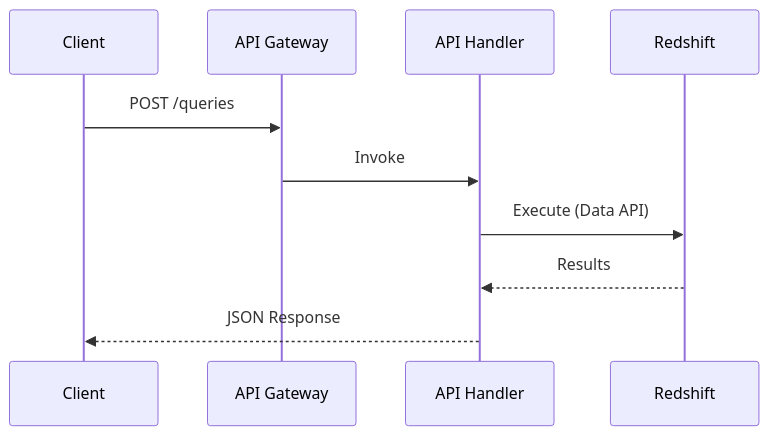
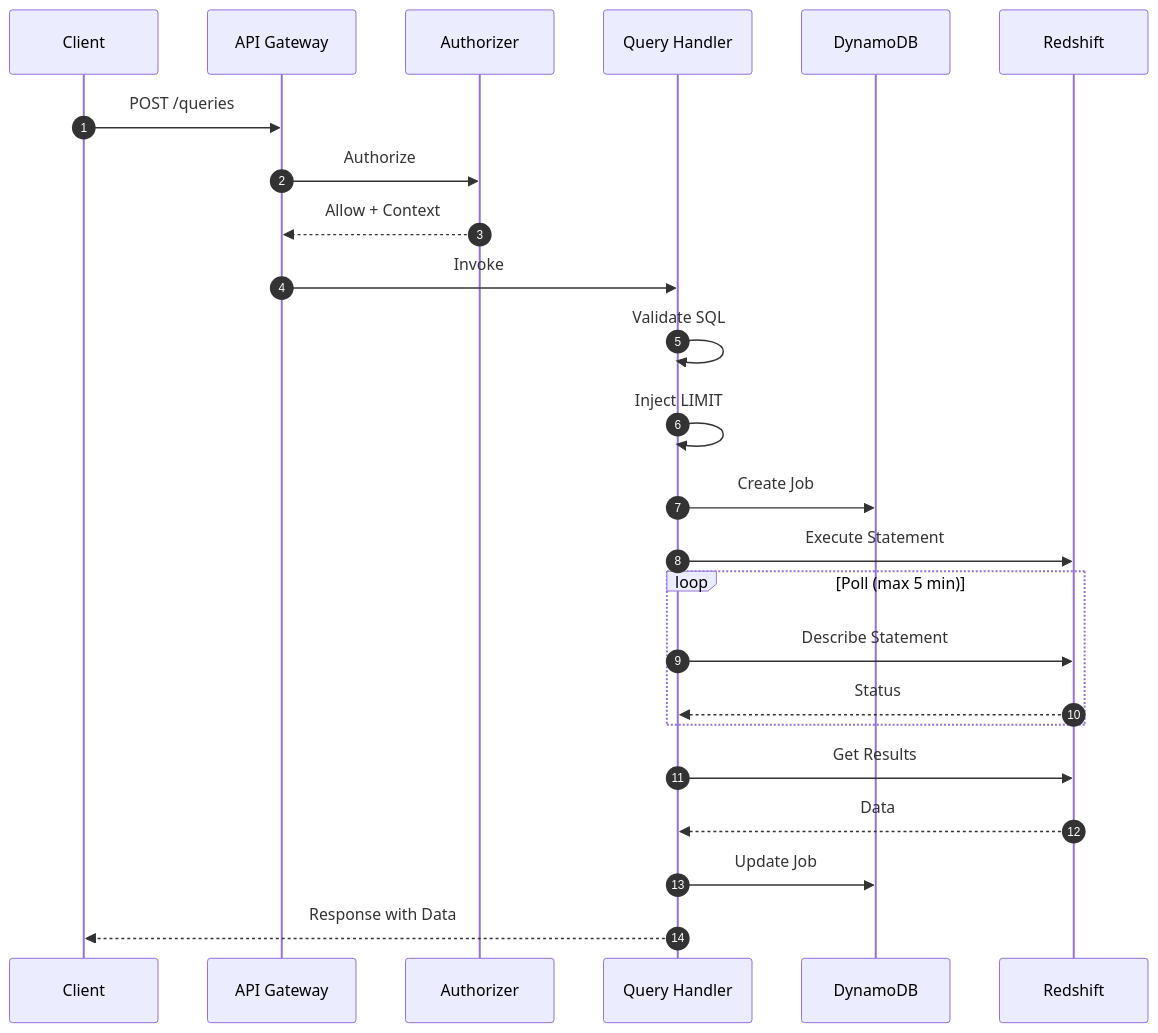
The fourth of 8 diagrams in docs/concepts/architecture.md (zhiweio/redshift-spectra), drawn with Mermaid before and after one commit. The commit also changed other lines of this file and 15 other files, not shown here.

````diff
--- a/docs/concepts/architecture.md
+++ b/docs/concepts/architecture.md
@@ -130,13 +239,30 @@
 ```mermaid
 sequenceDiagram
-    participant Client
-    participant API as API Gateway
-    participant Handler as API Handler
+    autonumber
+    participant C as Client
+    participant GW as API Gateway
+    participant A as Authorizer
+    participant H as Query Handler
+    participant D as DynamoDB
     participant RS as Redshift
+
+    C->>GW: POST /queries
+    GW->>A: Authorize
+    A-->>GW: Allow + Context
+    GW->>H: Invoke
     
-    Client->>API: POST /queries
-    API->>Handler: Invoke
-    Handler->>RS: Execute (Data API)
-    RS-->>Handler: Results
-    Handler-->>Client: JSON Response
+    H->>H: Validate SQL
+    H->>H: Inject LIMIT
+    H->>D: Create Job
+    H->>RS: Execute Statement
+    
+    loop Poll (max 5 min)
+        H->>RS: Describe Statement
+        RS-->>H: Status
+    end
+    
+    H->>RS: Get Results
+    RS-->>H: Data
+    H->>D: Update Job
+    H-->>C: Response with Data
 ```
````
